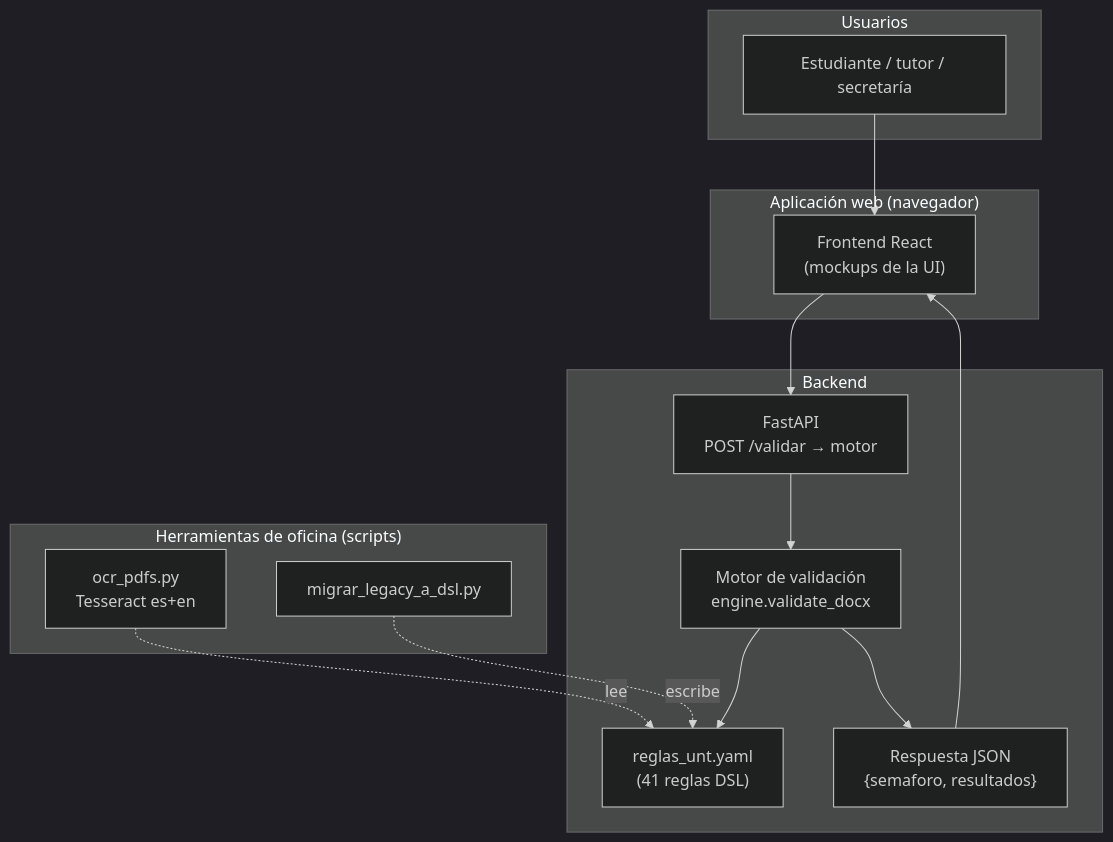
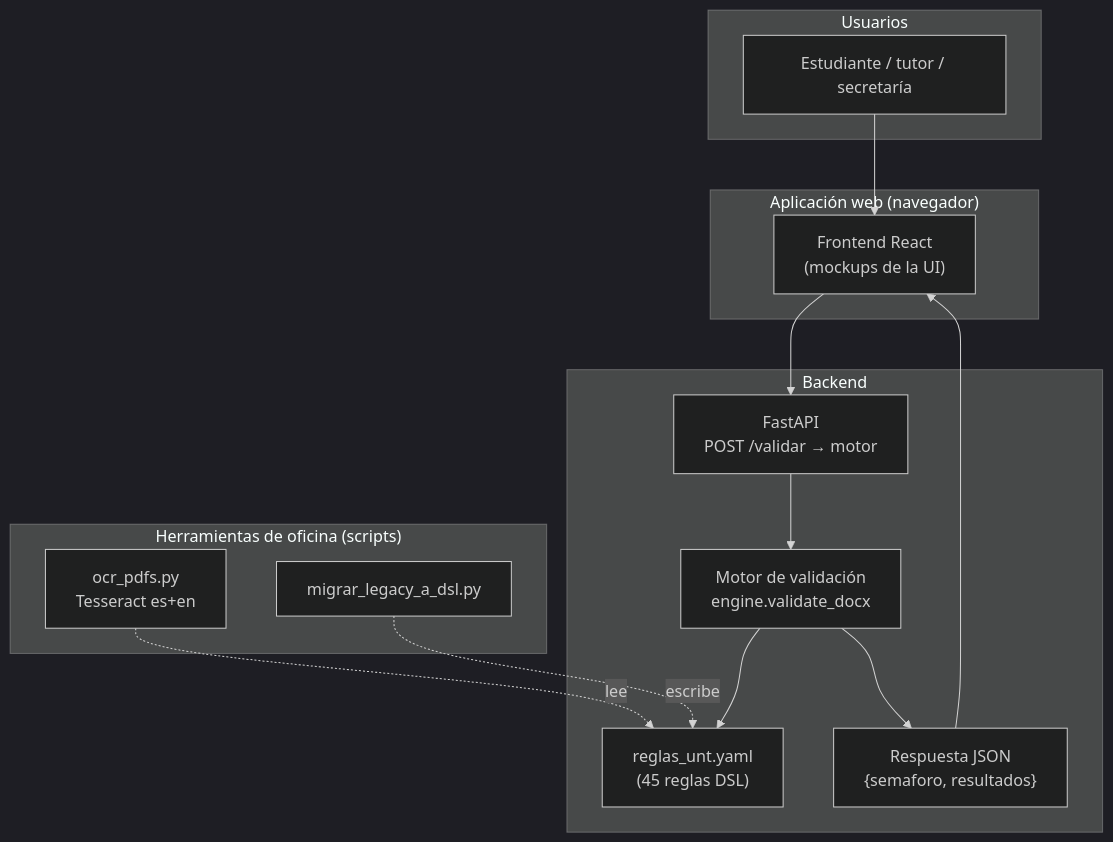
Before and after one commit to IvanSanchezSil/vistobueno: the second of 7 diagrams in docs/diseno/01_arq_motor.md, drawn with Mermaid (dark theme). The commit also changed other lines of this file and 12 other files, not shown here.

Commit message:
docs: sincronizar documentación con las 45 reglas (DSL, d:isero, AGENTS, ejemplo de respuesta)

````diff
--- a/docs/diseno/01_arq_motor.md
+++ b/docs/diseno/01_arq_motor.md
@@ -89,31 +89,31 @@
 ```mermaid
 flowchart TB
     subgraph USR["Usuarios"]
         EST["Estudiante / tutor / secretaría"]
     end
 
     subgraph WEB["Aplicación web (navegador)"]
         FR["Frontend React<br/>(mockups de la UI)"]
     end
 
     subgraph API_B["Backend"]
         FAPI["FastAPI<br/>POST /validar → motor"]
         SM["Motor de validación<br/>engine.validate_docx"]
-        REG["reglas_unt.yaml<br/>(41 reglas DSL)"]
+        REG["reglas_unt.yaml<br/>(45 reglas DSL)"]
         OUT["Respuesta JSON<br/>{semaforo, resultados}"]
     end
 
     subgraph OFF["Herramientas de oficina (scripts)"]
         OCR["ocr_pdfs.py<br/>Tesseract es+en"]
         MIG["migrar_legacy_a_dsl.py"]
     end
 
     EST --> FR
     FR --> FAPI
     FAPI --> SM
     SM --> REG
     SM --> OUT
     OUT --> FR
     OCR -. lee .-> REG
     MIG -. escribe .-> REG
 ```
````
